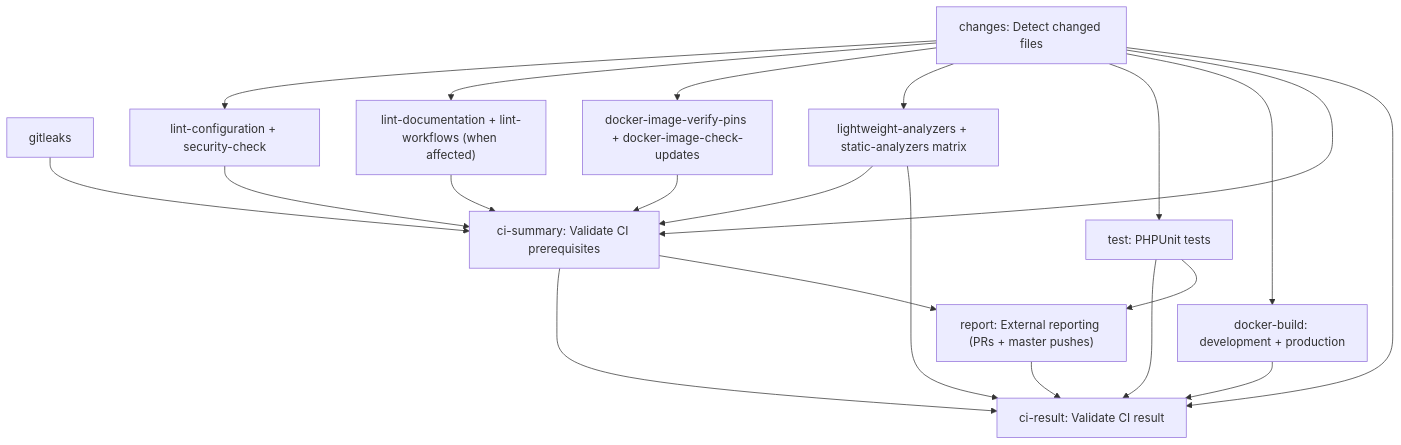
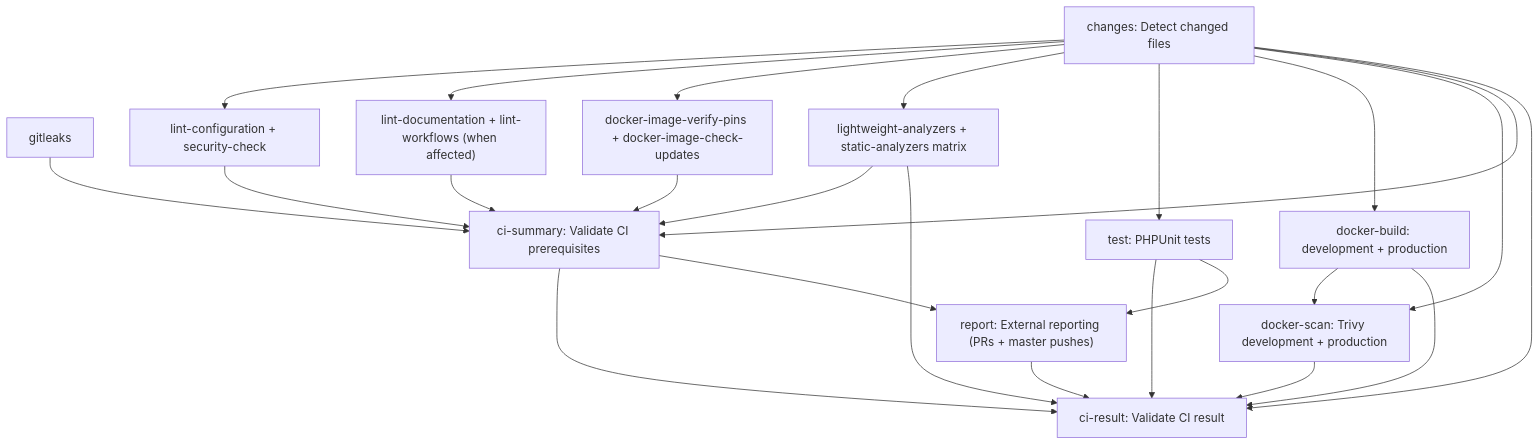
One commit to tarlepp/symfony-flex-backend changed the second of 3 diagrams in doc/GITHUB_WORKFLOWS.md. Above: the diagram before and after it, drawn with Mermaid. The commit also changed other lines of this file and 5 other files, not shown here.

Commit message:
Chore(ci): separate Docker image builds from Trivy scans

````diff
--- a/doc/GITHUB_WORKFLOWS.md
+++ b/doc/GITHUB_WORKFLOWS.md
@@ -193,34 +193,38 @@
 ```mermaid
 flowchart TD
     Changes["changes: Detect changed files"]
     Independent["gitleaks"]
     Documentation["lint-documentation + lint-workflows (when affected)"]
     Checks["lint-configuration + security-check"]
     Images["docker-image-verify-pins + docker-image-check-updates"]
     Analyzers["lightweight-analyzers + static-analyzers matrix"]
     Tests["test: PHPUnit tests"]
     Builds["docker-build: development + production"]
+    Scans["docker-scan: Trivy development + production"]
     Prereq["ci-summary: Validate CI prerequisites"]
     Final["ci-result: Validate CI result"]
     Report["report: External reporting (PRs + master pushes)"]
     Changes --> Checks
     Changes --> Documentation
     Changes --> Images
     Changes --> Analyzers
     Changes --> Tests
     Changes --> Builds
+    Changes --> Scans
+    Builds --> Scans
     Changes --> Prereq
     Independent --> Prereq
     Documentation --> Prereq
     Checks --> Prereq
     Images --> Prereq
     Analyzers --> Prereq
     Changes --> Final
     Prereq --> Final
     Analyzers --> Final
     Tests --> Final
     Builds --> Final
+    Scans --> Final
     Prereq --> Report
     Tests --> Report
     Report --> Final
 ```
````
